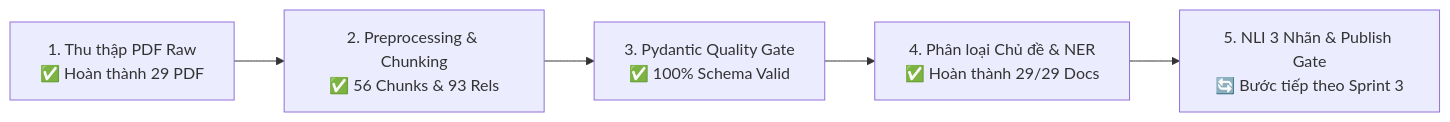
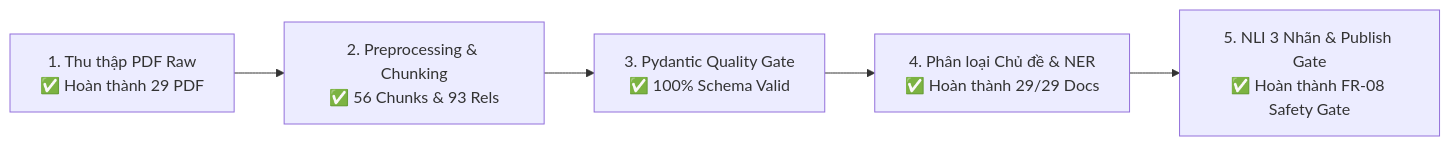
Before and after one commit to ChungCoTuan/AI_Second_Brain_DAU: the diagram in docs/usage.md, drawn with Mermaid. The commit also changed other lines of this file and 2 other files, not shown here.

Commit message:
feat(review_service): implement Step 5 NLI 3-label evaluation and FR-08 Publish Gate

````diff
--- a/docs/usage.md
+++ b/docs/usage.md
@@ -12,7 +12,7 @@
 ```mermaid
 flowchart LR
     A[1. Thu thập PDF Raw\n✅ Hoàn thành 29 PDF] --> B[2. Preprocessing & Chunking\n✅ 56 Chunks & 93 Rels]
     B --> C[3. Pydantic Quality Gate\n✅ 100% Schema Valid]
     C --> D[4. Phân loại Chủ đề & NER\n✅ Hoàn thành 29/29 Docs]
-    D --> E[5. NLI 3 Nhãn & Publish Gate\n🔄 Bước tiếp theo Sprint 3]
+    D --> E[5. NLI 3 Nhãn & Publish Gate\n✅ Hoàn thành FR-08 Safety Gate]
 ```
````
